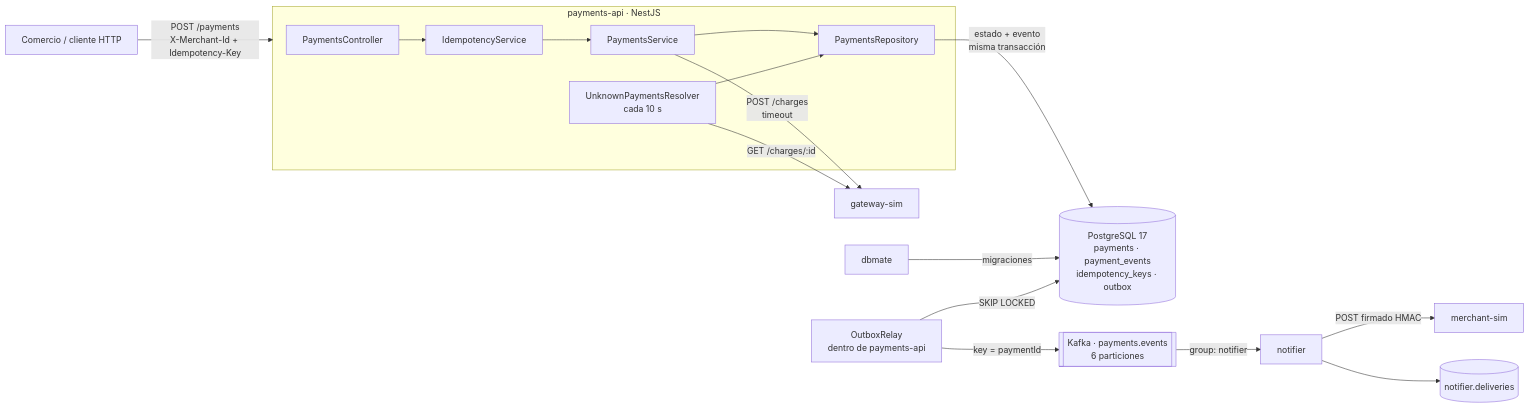
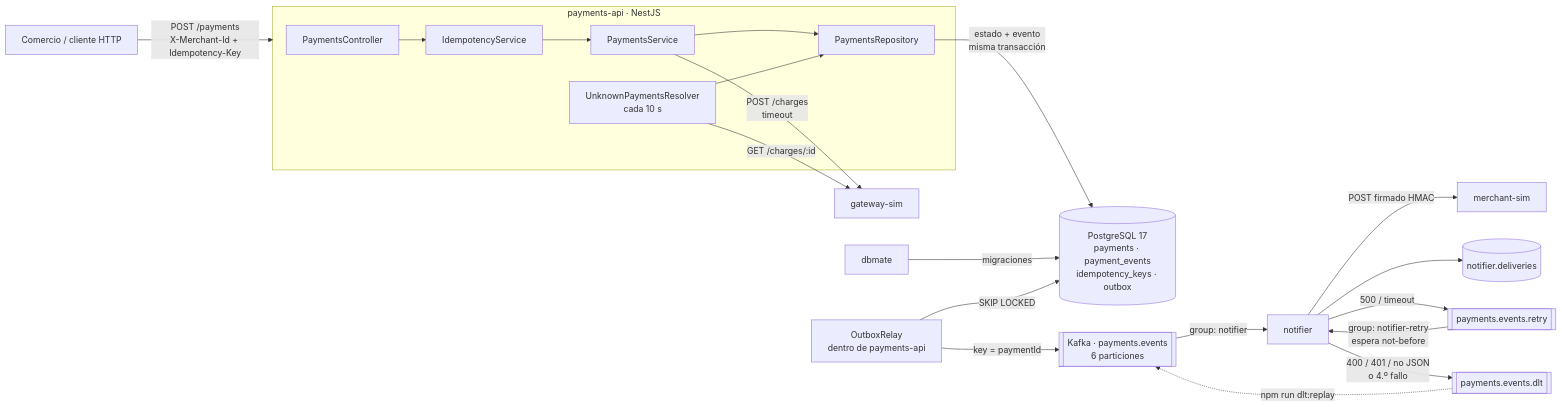
Before and after one commit to Giancho2000/pago-lab: the first of 2 diagrams in README.md, drawn with Mermaid. The commit also changed other lines of this file and 8 other files, not shown here.

````diff
--- a/README.md
+++ b/README.md
@@ -54,22 +55,26 @@
 ```mermaid
 flowchart LR
   C[Comercio / cliente HTTP] -->|"POST /payments<br/>X-Merchant-Id + Idempotency-Key"| API
 
   subgraph API[payments-api · NestJS]
     CTRL[PaymentsController] --> IDEM[IdempotencyService]
     IDEM --> SVC[PaymentsService]
     SVC --> REPO[PaymentsRepository]
     RES[UnknownPaymentsResolver<br/>cada 10 s] --> REPO
   end
 
   SVC -->|"POST /charges<br/>timeout"| GW[gateway-sim]
   RES -->|"GET /charges/:id"| GW
   REPO -->|"estado + evento<br/>misma transacción"| PG[(PostgreSQL 17<br/>payments · payment_events<br/>idempotency_keys · outbox)]
   MIG[dbmate] -->|migraciones| PG
 
   RELAY[OutboxRelay<br/>dentro de payments-api] -->|"SKIP LOCKED"| PG
   RELAY -->|"key = paymentId"| K[[Kafka · payments.events<br/>6 particiones]]
   K -->|"group: notifier"| N[notifier]
   N -->|"POST firmado HMAC"| MS[merchant-sim]
   N --> ND[(notifier.deliveries)]
+  N -->|"500 / timeout"| RT[[payments.events.retry]]
+  RT -->|"group: notifier-retry<br/>espera not-before"| N
+  N -->|"400 / 401 / no JSON<br/>o 4.º fallo"| DLT[[payments.events.dlt]]
+  DLT -.->|"npm run dlt:replay"| K
 ```
````
